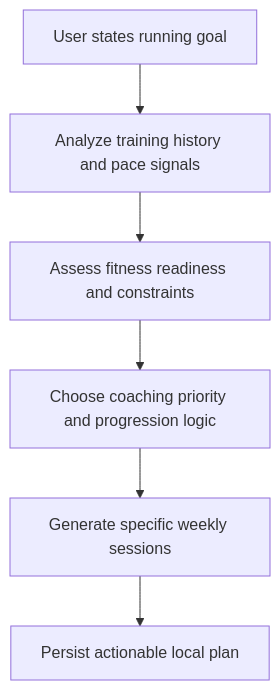
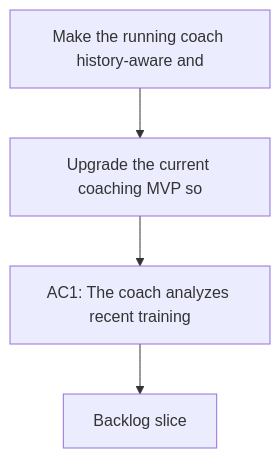
Before and after one commit to Jilanos/Coach_garmin: the diagram in logics/request/req_006_make_the_running_coach_history_and_pace_aware.md, drawn with Mermaid. The commit also changed other lines of this file and 86 other files, not shown here.

Commit message:
Harden chart UX and UTF-8 handling

````diff
--- a/logics/request/req_006_make_the_running_coach_history_and_pace_aware.md
+++ b/logics/request/req_006_make_the_running_coach_history_and_pace_aware.md
@@ -33,10 +33,8 @@
 ```mermaid
 %% logics-kind: request
 %% logics-signature: request|make-the-running-coach-history-aware-and|upgrade-the-current-coaching-mvp-so|ac1-the-coach-analyzes-recent-training
 flowchart TD
-    Goal[User states running goal] --> Analyze[Analyze training history and pace signals]
-    Analyze --> Assess[Assess fitness readiness and constraints]
-    Assess --> Decide[Choose coaching priority and progression logic]
-    Decide --> Plan[Generate specific weekly sessions]
-    Plan --> Save[Persist actionable local plan]
+    Trigger[Make the running coach history-aware and] --> Need[Upgrade the current coaching MVP so]
+    Need --> Outcome[AC1: The coach analyzes recent training]
+    Outcome --> Backlog[Backlog slice]
 ```
````
